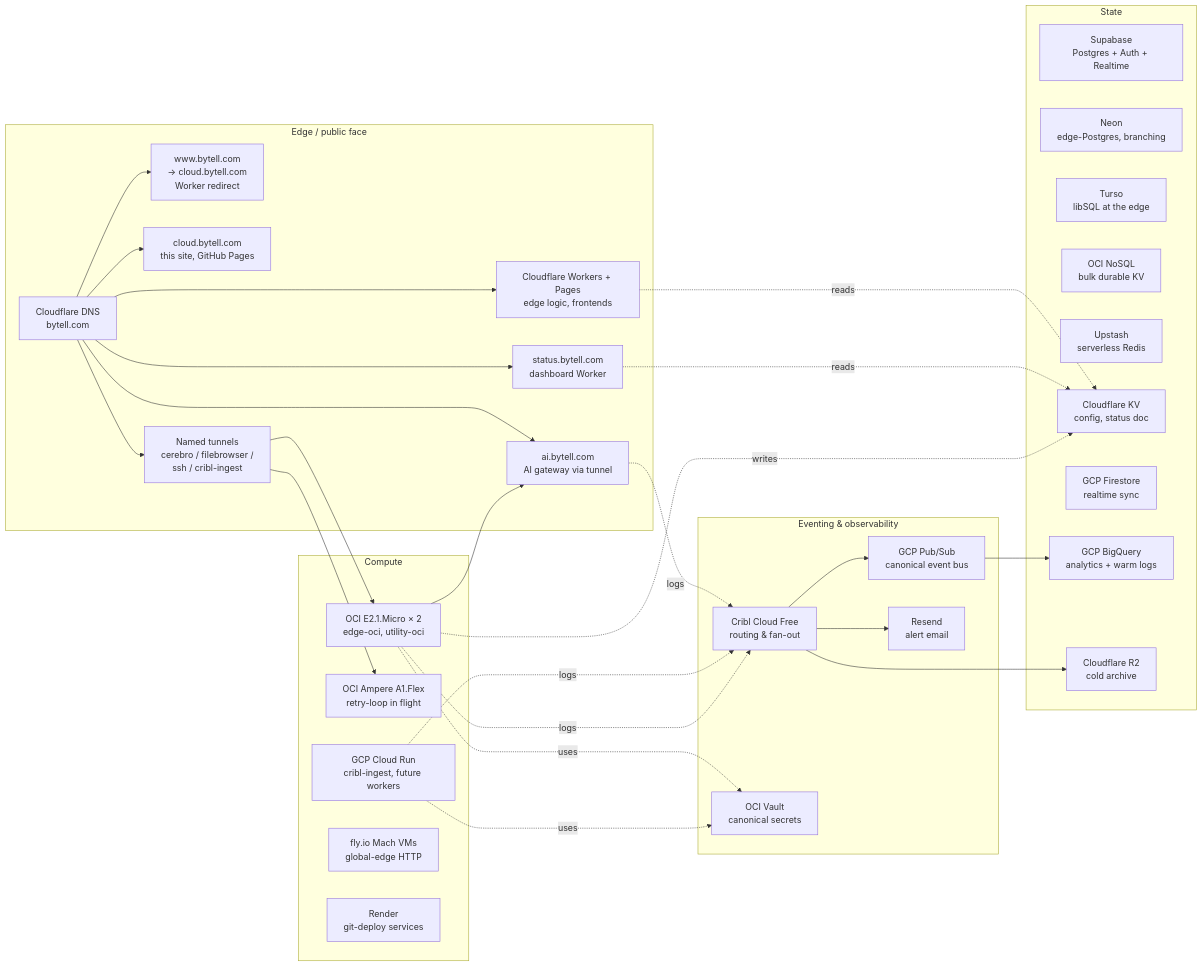
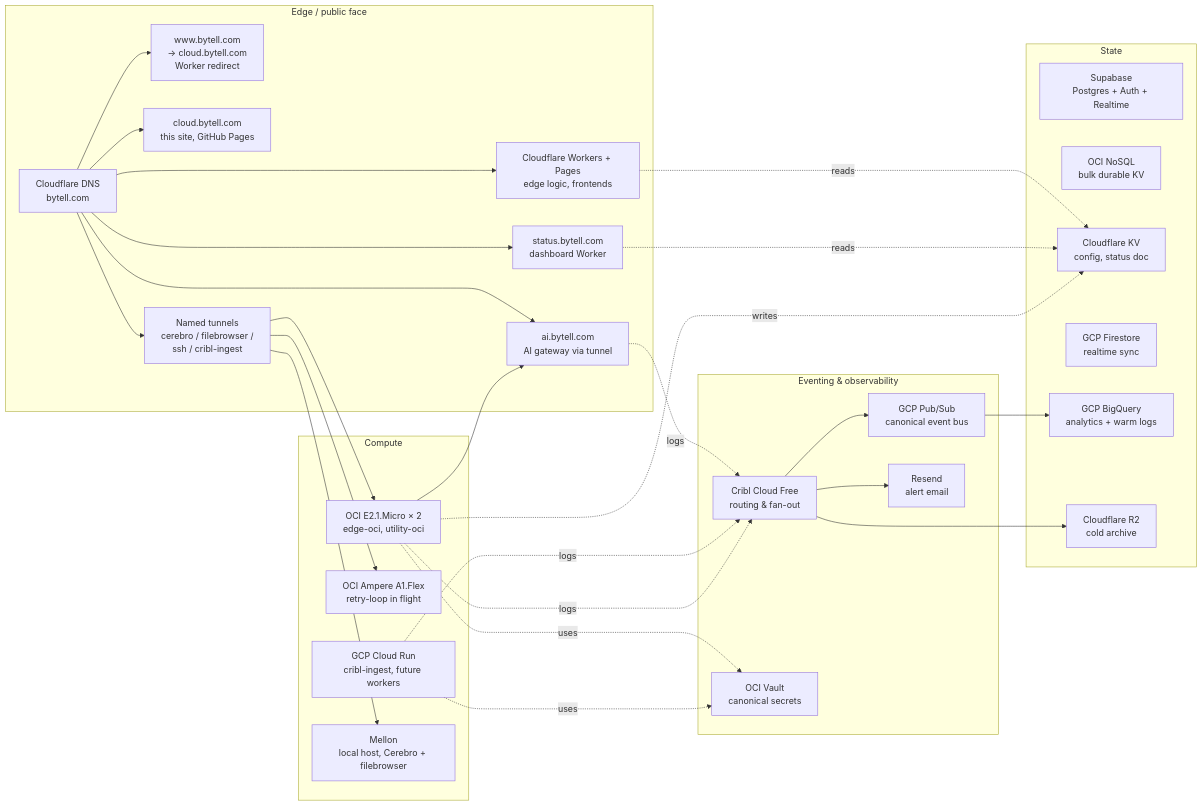
Before and after one commit to bytell-cloud/docs: the diagram in docs/infra/overview.md, drawn with Mermaid. The commit also changed other lines of this file and 3 other files, not shown here.

````diff
--- a/docs/infra/overview.md
+++ b/docs/infra/overview.md
@@ -10,61 +10,57 @@
 ```mermaid
 flowchart LR
     subgraph EDGE[Edge / public face]
         DNS[Cloudflare DNS<br/>bytell.com]
         WW[www.bytell.com<br/>→ cloud.bytell.com<br/>Worker redirect]
         DOC[cloud.bytell.com<br/>this site, GitHub Pages]
         STAT[status.bytell.com<br/>dashboard Worker]
         AIGW[ai.bytell.com<br/>AI gateway via tunnel]
         CDN[Cloudflare Workers + Pages<br/>edge logic, frontends]
         TUN[Named tunnels<br/>cerebro / filebrowser /<br/>ssh / cribl-ingest]
     end
 
     subgraph COMPUTE[Compute]
         OCI_AMD[OCI E2.1.Micro × 2<br/>edge-oci, utility-oci]
         OCI_ARM[OCI Ampere A1.Flex<br/>retry-loop in flight]
         GCR[GCP Cloud Run<br/>cribl-ingest, future workers]
-        FLY[fly.io Mach VMs<br/>global-edge HTTP]
-        REN[Render<br/>git-deploy services]
+        MEL[Mellon<br/>local host, Cerebro + filebrowser]
     end
 
     subgraph DATA[State]
         SUPA[Supabase<br/>Postgres + Auth + Realtime]
-        NEON[Neon<br/>edge-Postgres, branching]
-        TURSO[Turso<br/>libSQL at the edge]
         OCI_NS[OCI NoSQL<br/>bulk durable KV]
-        UPSTASH[Upstash<br/>serverless Redis]
         CFKV[Cloudflare KV<br/>config, status doc]
         FIRE[GCP Firestore<br/>realtime sync]
         BQ[GCP BigQuery<br/>analytics + warm logs]
         R2[Cloudflare R2<br/>cold archive]
     end
 
     subgraph BUS[Eventing & observability]
         PS[GCP Pub/Sub<br/>canonical event bus]
         CRI[Cribl Cloud Free<br/>routing & fan-out]
         VAULT[OCI Vault<br/>canonical secrets]
         RSND[Resend<br/>alert email]
     end
 
     DNS --> WW & DOC & STAT & AIGW
     DNS --> CDN
     DNS --> TUN
-    TUN --> OCI_AMD & OCI_ARM
+    TUN --> OCI_AMD & OCI_ARM & MEL
 
     OCI_AMD --> AIGW
     OCI_AMD -.uses.-> VAULT
     GCR -.uses.-> VAULT
 
     CDN -. reads .-> CFKV
     STAT -. reads .-> CFKV
     OCI_AMD -. writes .-> CFKV
 
     CRI --> PS
     PS --> BQ
     CRI --> R2
     CRI --> RSND
 
     AIGW -. logs .-> CRI
     GCR -. logs .-> CRI
     OCI_AMD -. logs .-> CRI
 ```
````
